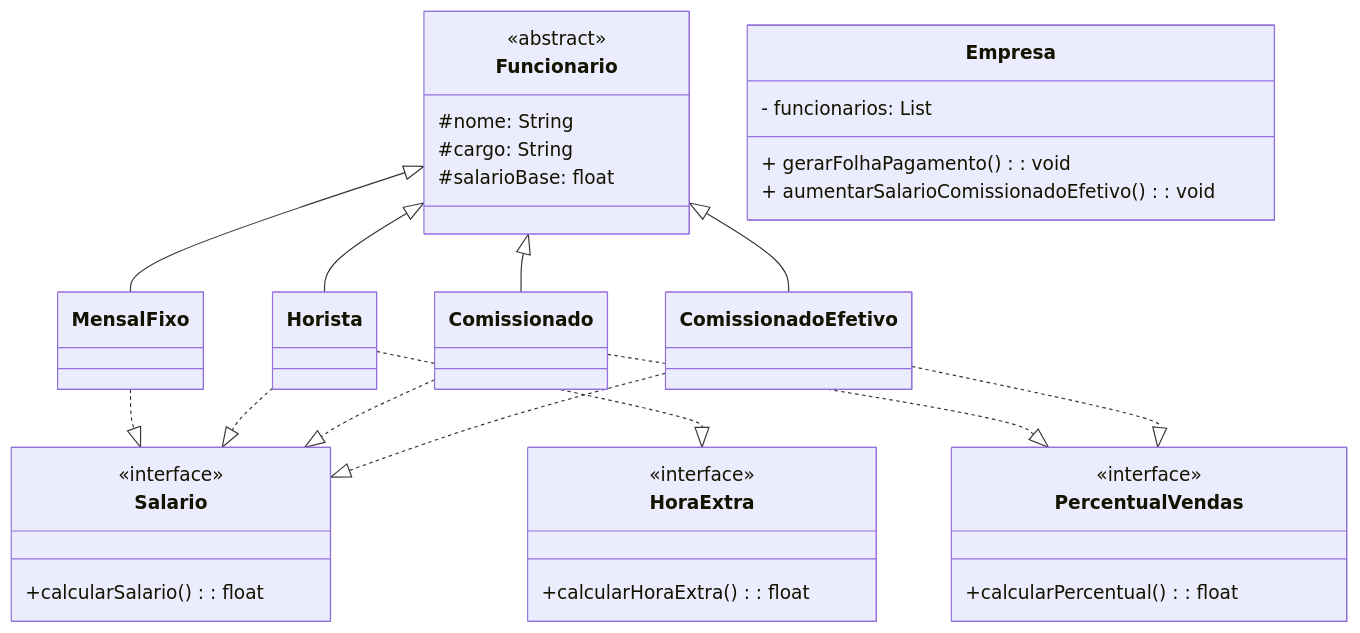
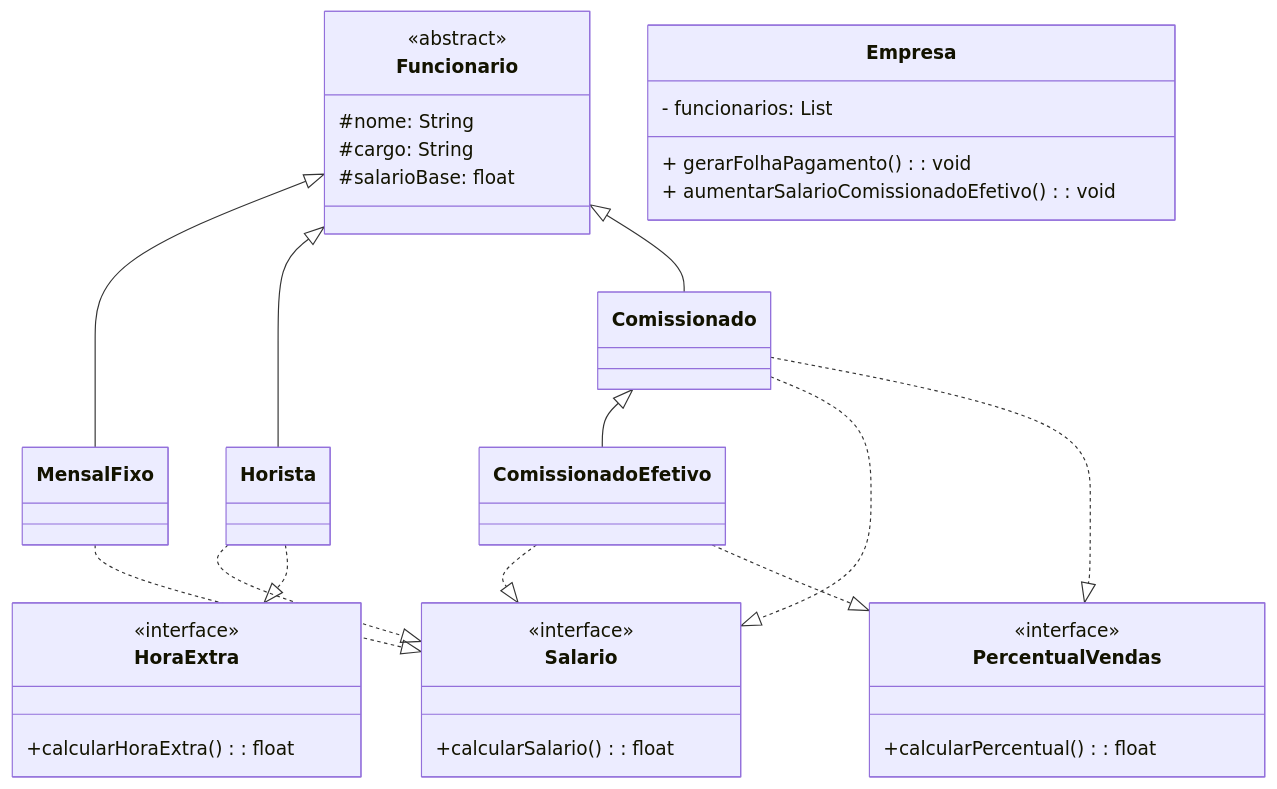
One commit to victorlcrd/poo-gradlw changed the diagram in Interface/Empresa/Readme.md. Above: the diagram before and after it, drawn with Mermaid.

````diff
--- a/Interface/Empresa/Readme.md
+++ b/Interface/Empresa/Readme.md
@@ -1,63 +1,63 @@
 ```mermaid
 classDiagram
     direction TD
     
     Funcionario <|-- MensalFixo
     Funcionario <|-- Horista
     Funcionario <|-- Comissionado
-    Funcionario <|-- ComissionadoEfetivo
+    Comissionado <|-- ComissionadoEfetivo
     
     MensalFixo ..|> Salario
     Horista ..|> Salario
     Horista ..|> HoraExtra
     Comissionado ..|> Salario
     ComissionadoEfetivo ..|> Salario
     Comissionado ..|> PercentualVendas
     ComissionadoEfetivo ..|> PercentualVendas
     
     
     
    class Funcionario {
        <<abstract>>
        #nome: String
        #cargo: String
        #salarioBase: float
    }
    
    class Salario{
        <<interface>>
        +calcularSalario(): float
    }
 
     class PercentualVendas{
         <<interface>>
         +calcularPercentual(): float
     }
 
     class HoraExtra{
         <<interface>>
         +calcularHoraExtra(): float
     }
    
    class MensalFixo{
        
    }
    
    class Horista{
        
    }
    
     class Comissionado{
         
     }
     
     class ComissionadoEfetivo{
         
     }
 
     class Empresa {
         - funcionarios: List<Calculavel>
         + gerarFolhaPagamento(): void
         + aumentarSalarioComissionadoEfetivo(): void
     }
 ```
````
